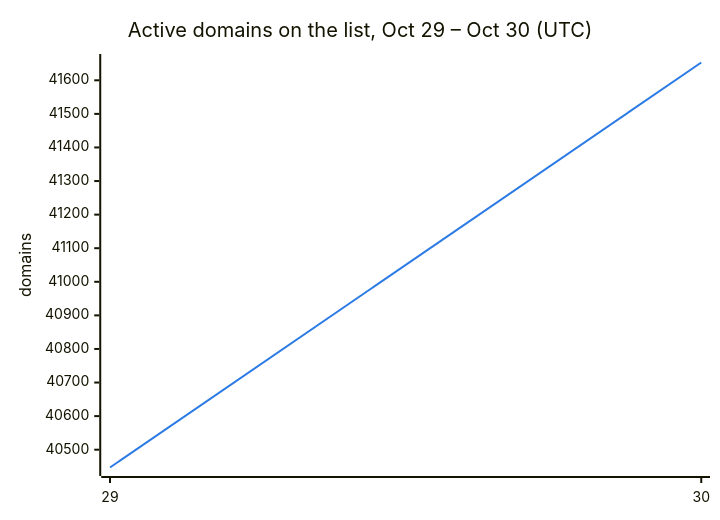
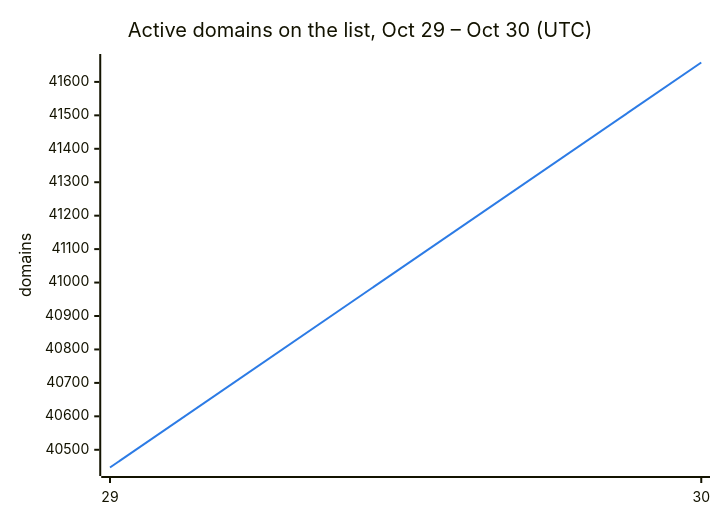
One commit to DNSBunker/CTI changed the second of 3 diagrams in README.md. Above: the diagram before and after it, drawn with Mermaid. The commit also changed other lines of this file and 3 other files, not shown here.

````diff
--- a/README.md
+++ b/README.md
@@ -38,8 +38,8 @@
 ```mermaid
 %%{init: {"themeVariables": {"xyChart": {"plotColorPalette": "#2c7be5"}}}}%%
 xychart-beta
     title "Active domains on the list, Oct 29 – Oct 30 (UTC)"
     x-axis ["29", "30"]
     y-axis "domains"
-    line [40447, 41653]
+    line [40447, 41658]
 ```
````
